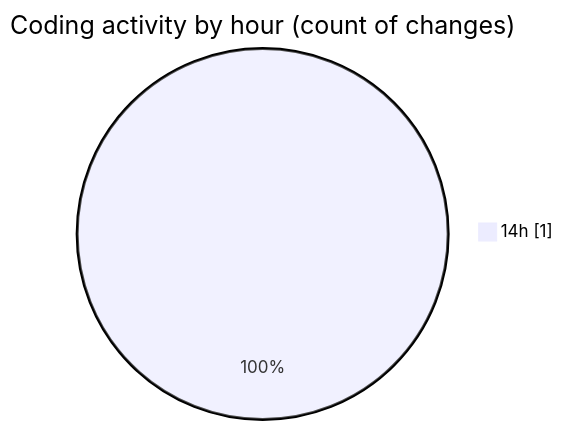
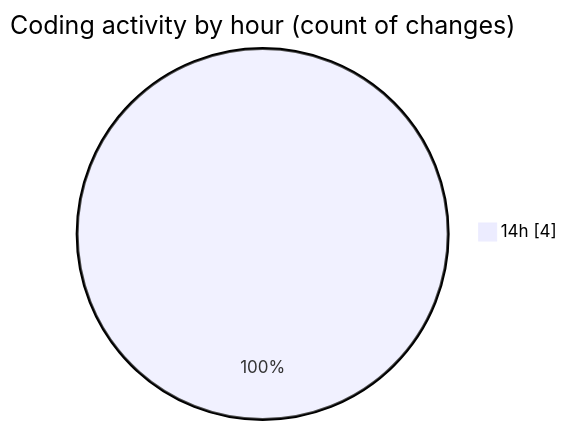
The second of 2 diagrams in 2025-06-05/ecodeli-1/README.md (CELIANVF/code-tracking), drawn with Mermaid before and after one commit. The commit also changed other lines of this file and 1 other file, not shown here.

````diff
--- a/2025-06-05/ecodeli-1/README.md
+++ b/2025-06-05/ecodeli-1/README.md
@@ -28,5 +30,5 @@
 ```mermaid
 pie showData
 title Coding activity by hour (count of changes)
-"14h" : 1
+"14h" : 4
 ```
````
